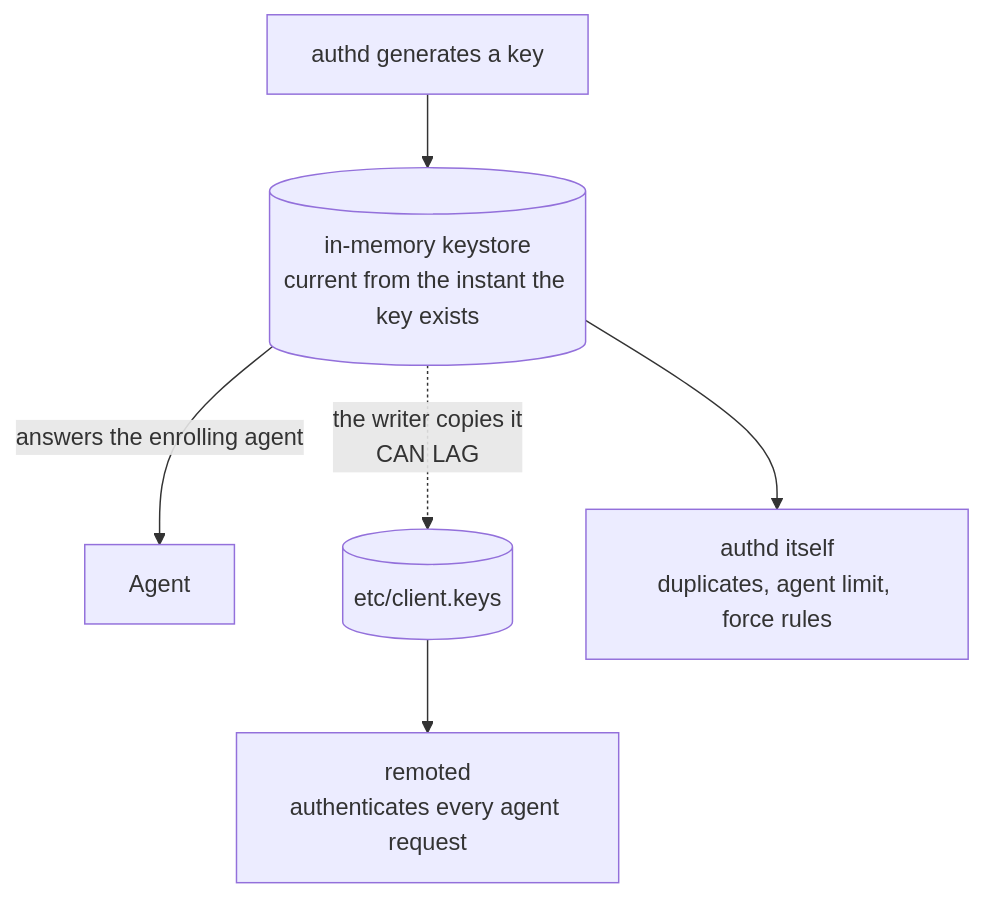
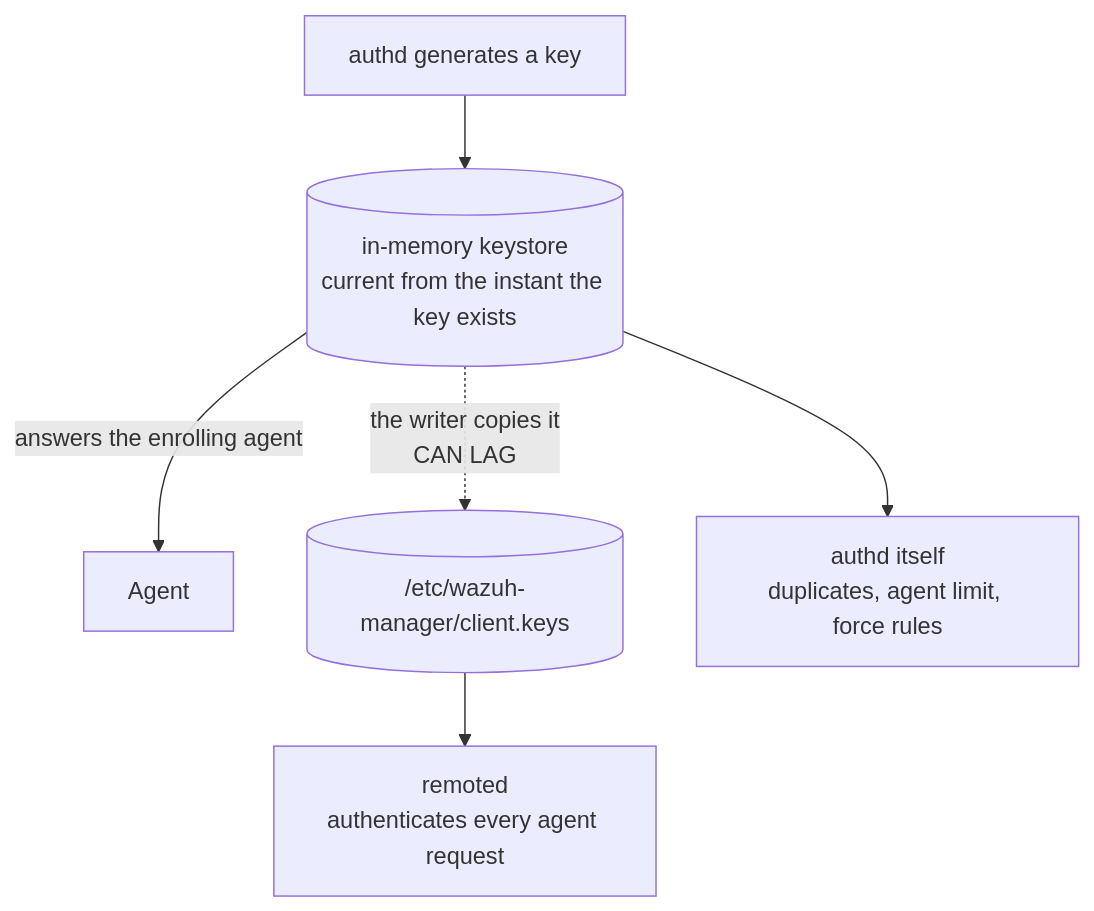
The second of 8 diagrams in docs/ref/modules/authd/architecture.md (wazuh/wazuh), drawn with Mermaid before and after one commit. The commit also changed other lines of this file and 269 other files, not shown here.

Commit message:
feat: change wazuh manager default etc dir, modify packages deps

````diff
--- a/docs/ref/modules/authd/architecture.md
+++ b/docs/ref/modules/authd/architecture.md
@@ -69,9 +69,9 @@
 ```mermaid
 flowchart TB
     G["authd generates a key"] --> MEM
     MEM[("in-memory keystore\ncurrent from the instant the key exists")]
     MEM -->|"answers the enrolling agent"| AG[Agent]
-    MEM -.->|"the writer copies it\nCAN LAG"| CK[("etc/client.keys")]
+    MEM -.->|"the writer copies it\nCAN LAG"| CK[("/etc/wazuh-manager/client.keys")]
     CK --> REM["remoted\nauthenticates every agent request"]
     MEM --> AUT["authd itself\nduplicates, agent limit, force rules"]
 ```
````
